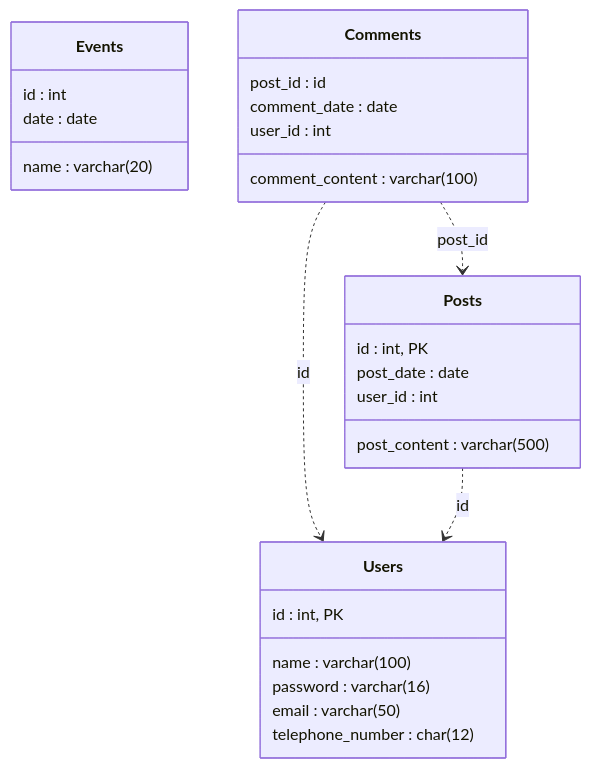
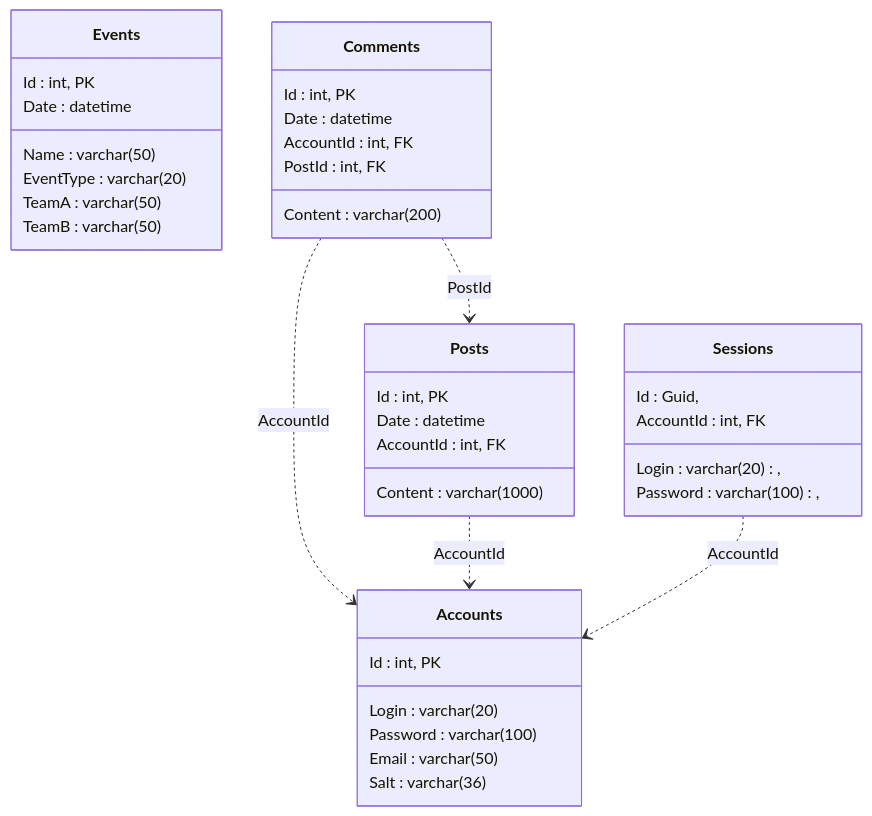
The diagram in README.md (NailZinn/semester-work-1), drawn with Mermaid before and after one commit. The commit also changed other lines of this file, not shown here.

Commit message:
[update] README.md

````diff
--- a/README.md
+++ b/README.md
@@ -20,32 +23,43 @@
 ```mermaid
 classDiagram
 
-    class Users {
-        id : int, PK
-        name : varchar(100)
-        password : varchar(16)
-        email : varchar(50)
-        telephone_number : char(12)
+    class Accounts {
+        Id : int, PK
+        Login : varchar(20)
+        Password : varchar(100)
+        Email : varchar(50)
+        Salt : varchar(36)
     }
     class Events {
-        id : int
-        name : varchar(20)
-        date : date
+        Id : int, PK
+        Date : datetime
+        Name : varchar(50)
+        EventType : varchar(20)
+        TeamA : varchar(50)
+        TeamB : varchar(50)
     }
     class Posts {
-        id : int, PK
-        post_date : date
-        post_content : varchar(500)
-        user_id : int 
+        Id : int, PK
+        Date : datetime
+        Content : varchar(1000)
+        AccountId : int, FK
     }
     class Comments {
-        post_id : id
-        comment_date : date
-        comment_content : varchar(100)
-        user_id : int
+        Id : int, PK
+        Date : datetime
+        Content : varchar(200)
+        AccountId : int, FK
+        PostId : int, FK
+    }
+    class Sessions {
+        Id : Guid,
+        AccountId : int, FK
+        Login : varchar(20),
+        Password : varchar(100),
     }
 
-    Comments ..> Users : id
-    Comments ..> Posts : post_id
-    Posts ..> Users : id
+    Comments ..> Accounts : AccountId
+    Comments ..> Posts : PostId
+    Posts ..> Accounts : AccountId
+    Sessions ..> Accounts : AccountId
 ```
````
